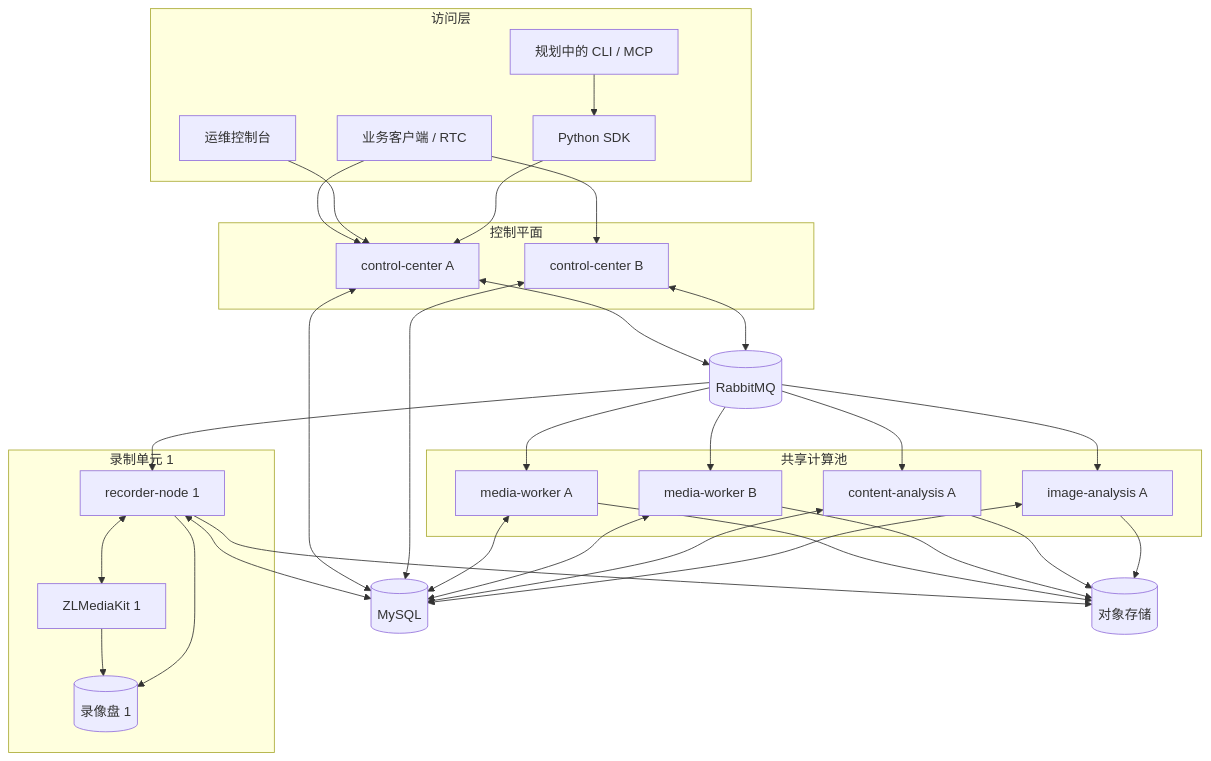
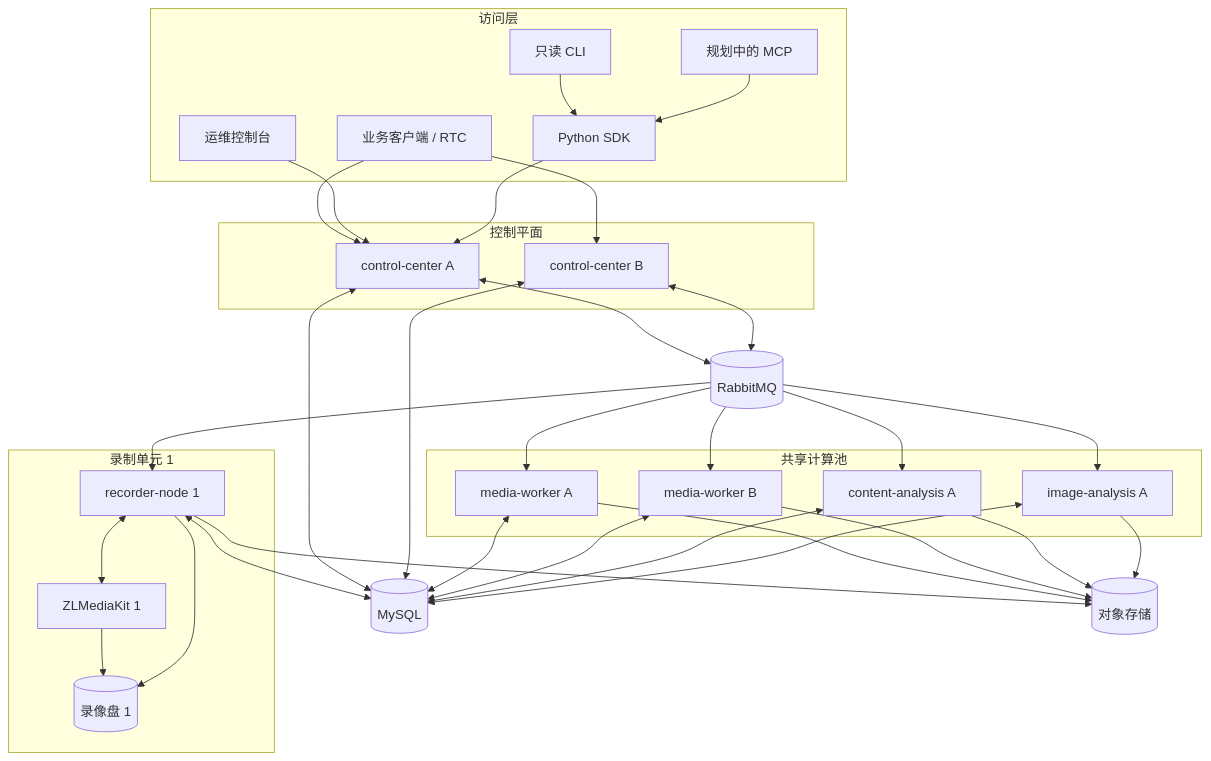
One commit to huxiaodong1989/MediaFleet changed the first of 2 diagrams in docs/architecture/overview.md. Above: the diagram before and after it, drawn with Mermaid. The commit also changed 28 other files, not shown here.

````diff
--- a/docs/architecture/overview.md
+++ b/docs/architecture/overview.md
@@ -92,59 +92,61 @@
 ```mermaid
 flowchart TB
     subgraph Access[访问层]
         Client[业务客户端 / RTC]
         Ops[运维控制台]
         SDK[Python SDK]
-        Future[规划中的 CLI / MCP]
+        CLI[只读 CLI]
+        Future[规划中的 MCP]
     end
 
     subgraph ControlPlane[控制平面]
         C1[control-center A]
         C2[control-center B]
     end
 
     DB[(MySQL)]
     MQ[(RabbitMQ)]
     Store[(对象存储)]
 
     subgraph RecordingUnit1[录制单元 1]
         R1[recorder-node 1]
         Z1[ZLMediaKit 1]
         D1[(录像盘 1)]
     end
 
     subgraph Compute[共享计算池]
         W1[media-worker A]
         W2[media-worker B]
         A1[content-analysis A]
         I1[image-analysis A]
     end
 
     Client --> C1
     Client --> C2
     Ops --> C1
     SDK --> C1
+    CLI --> SDK
     Future --> SDK
     C1 <--> DB
     C2 <--> DB
     C1 <--> MQ
     C2 <--> MQ
     MQ --> R1
     MQ --> W1
     MQ --> W2
     MQ --> A1
     MQ --> I1
     R1 <--> Z1
     Z1 --> D1
     R1 --> D1
     R1 --> Store
     W1 --> Store
     W2 --> Store
     A1 --> Store
     I1 --> Store
     R1 <--> DB
     W1 <--> DB
     W2 <--> DB
     A1 <--> DB
     I1 <--> DB
 ```
````
